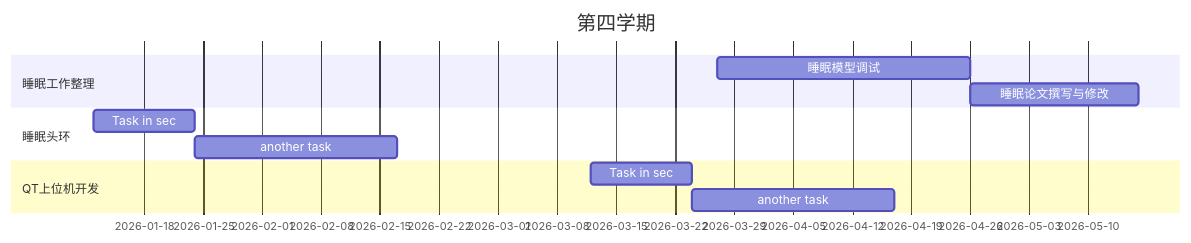
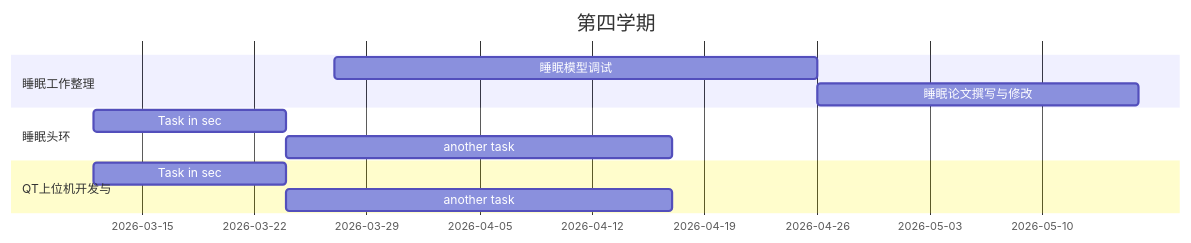
The diagram in all/代码甘特图.md (ChangMY-TJU/iodraw-files), drawn with Mermaid before and after one commit.

Commit message:
2026-03-27 14:45:01 update

````diff
--- a/all/代码甘特图.md
+++ b/all/代码甘特图.md
@@ -1,15 +1,15 @@
 ```mermaid
 gantt
     title 第四学期
     dateFormat  YYYY-MM-DD
     section 睡眠工作整理
     睡眠模型调试      :a1, 2026-03-27, 30d
     睡眠论文撰写与修改     :after a1  , 20d
     section 睡眠头环
-    Task in sec      :2026-01-12  , 12d
+    Task in sec      :2026-03-12  , 12d
     another task      : 24d
-    section QT上位机开发
+    section QT上位机开发与
     Task in sec      :2026-03-12  , 12d
     another task      : 24d
 
 ```
````
